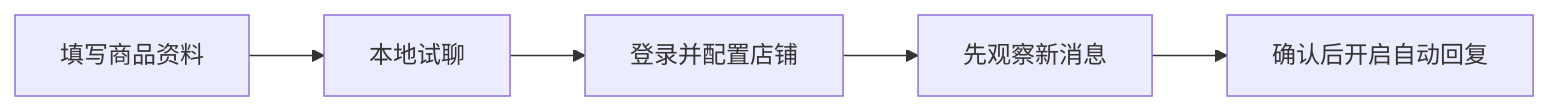
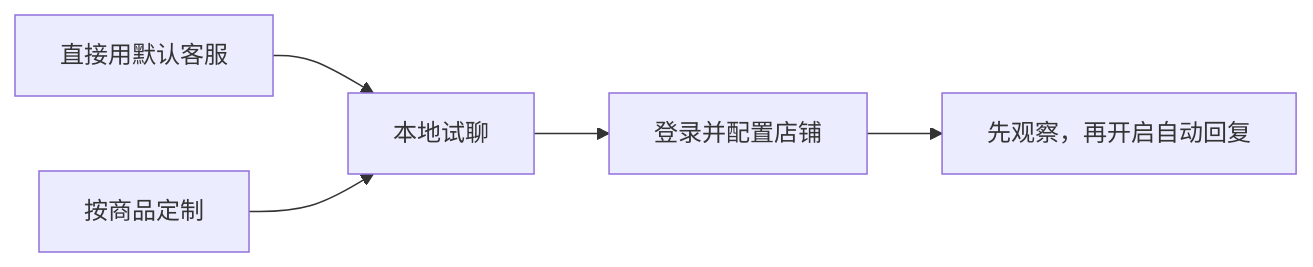
The diagram in README.md (yelinyuan798-commits/UniversalECommerceBot), drawn with Mermaid before and after one commit. The commit also changed other lines of this file and 16 other files, not shown here.

````diff
--- a/README.md
+++ b/README.md
@@ -51,7 +72,7 @@
 ```mermaid
 flowchart LR
-    A[填写商品资料] --> B[本地试聊]
-    B --> C[登录并配置店铺]
-    C --> D[先观察新消息]
-    D --> E[确认后开启自动回复]
+    A[直接用默认客服] --> C[本地试聊]
+    B[按商品定制] --> C
+    C --> D[登录并配置店铺]
+    D --> E[先观察，再开启自动回复]
 ```
````
